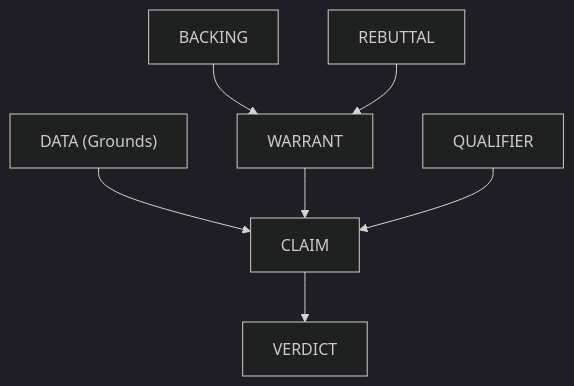
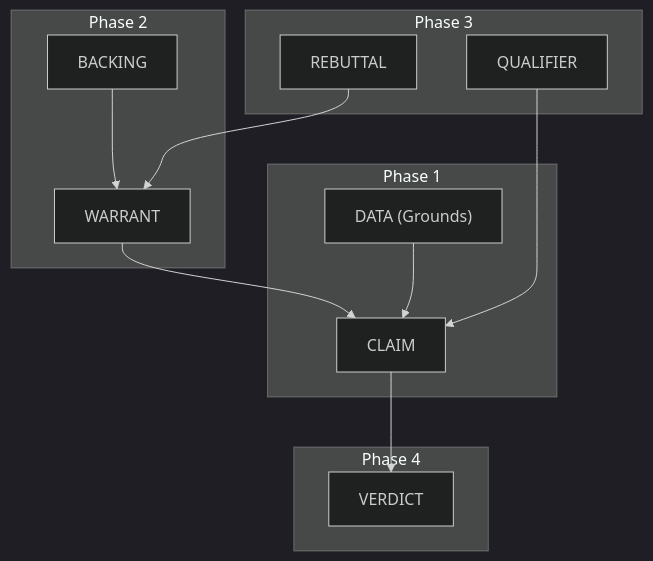
One commit to Hmbown/Toulmini changed the diagram in README.md. Above: the diagram before and after it, drawn with Mermaid (dark theme). The commit also changed 1 other file, not shown here.

Commit message:
refactor: Improve quickstart example formatting and structure README Mermaid graph into phases.

````diff
--- a/README.md
+++ b/README.md
@@ -94,9 +94,20 @@
 ```mermaid
 graph TD
+    subgraph Phase 1
     DATA["DATA (Grounds)"] --> CLAIM
+    end
+
+    subgraph Phase 2
     BACKING --> WARRANT
     WARRANT --> CLAIM
+    end
+
+    subgraph Phase 3
     REBUTTAL --> WARRANT
     QUALIFIER --> CLAIM
+    end
+
+    subgraph Phase 4
     CLAIM --> VERDICT
+    end
 ```
````
